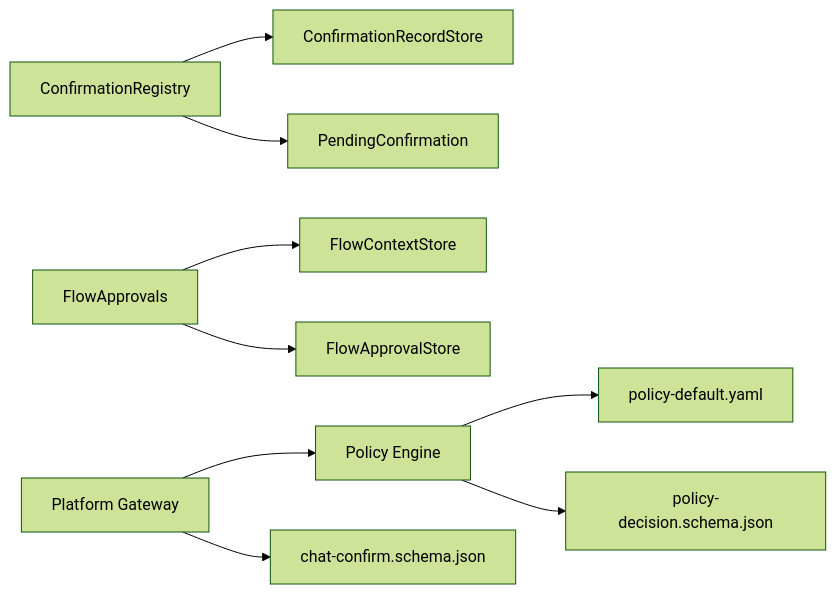
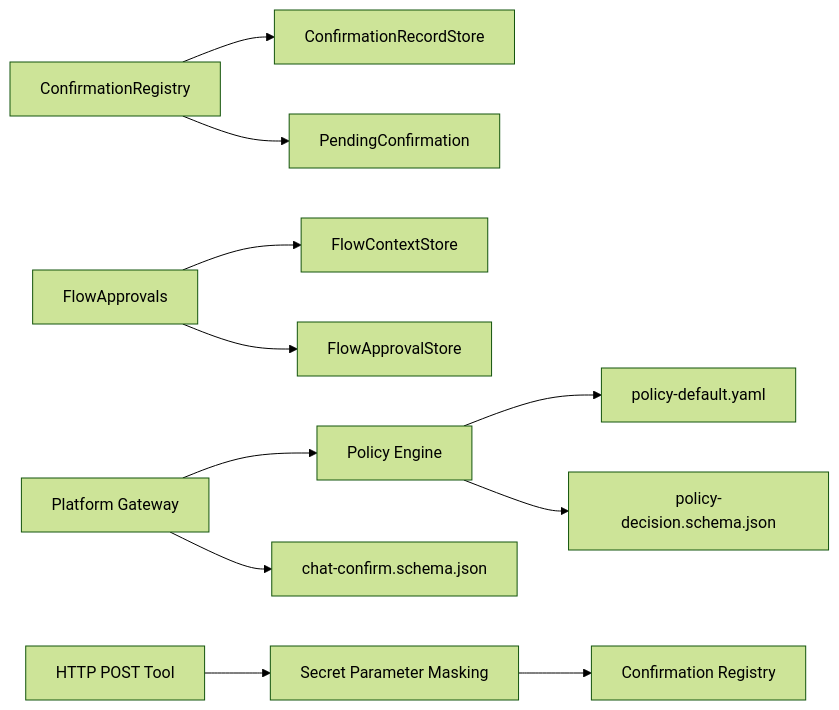
The eighth of 8 diagrams in .qoder/repowiki/en/content/Core Services/Agent Platform/Human-in-the-Loop Approvals.md (metasync/luban-aiops), drawn with Mermaid (forest theme) before and after one commit. The commit also changed other lines of this file and 102 other files, not shown here.

````diff
--- a/.qoder/repowiki/en/content/Core Services/Agent Platform/Human-in-the-Loop Approvals.md
+++ b/.qoder/repowiki/en/content/Core Services/Agent Platform/Human-in-the-Loop Approvals.md
@@ -314,11 +371,13 @@
 ```mermaid
 graph LR
 Reg["ConfirmationRegistry"] --> Rec["ConfirmationRecordStore"]
 Reg --> PC["PendingConfirmation"]
 FA["FlowApprovals"] --> FC["FlowContextStore"]
 FA --> FP["FlowApprovalStore"]
 GW["Platform Gateway"] --> PE["Policy Engine"]
 PE --> PB["policy-default.yaml"]
 GW --> CS["chat-confirm.schema.json"]
 PE --> PD["policy-decision.schema.json"]
+SP["Secret Parameter Masking"] --> REG["Confirmation Registry"]
+HTTP["HTTP POST Tool"] --> SP
 ```
````
